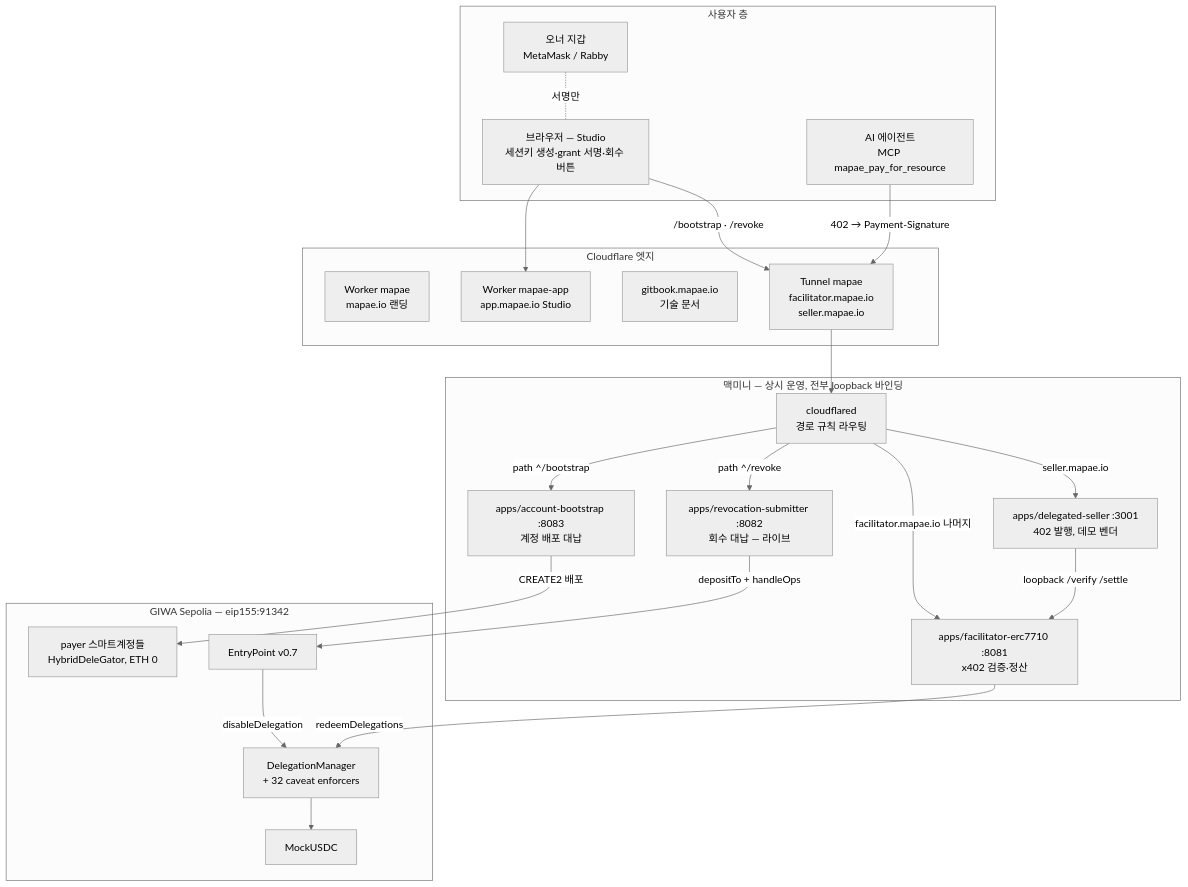
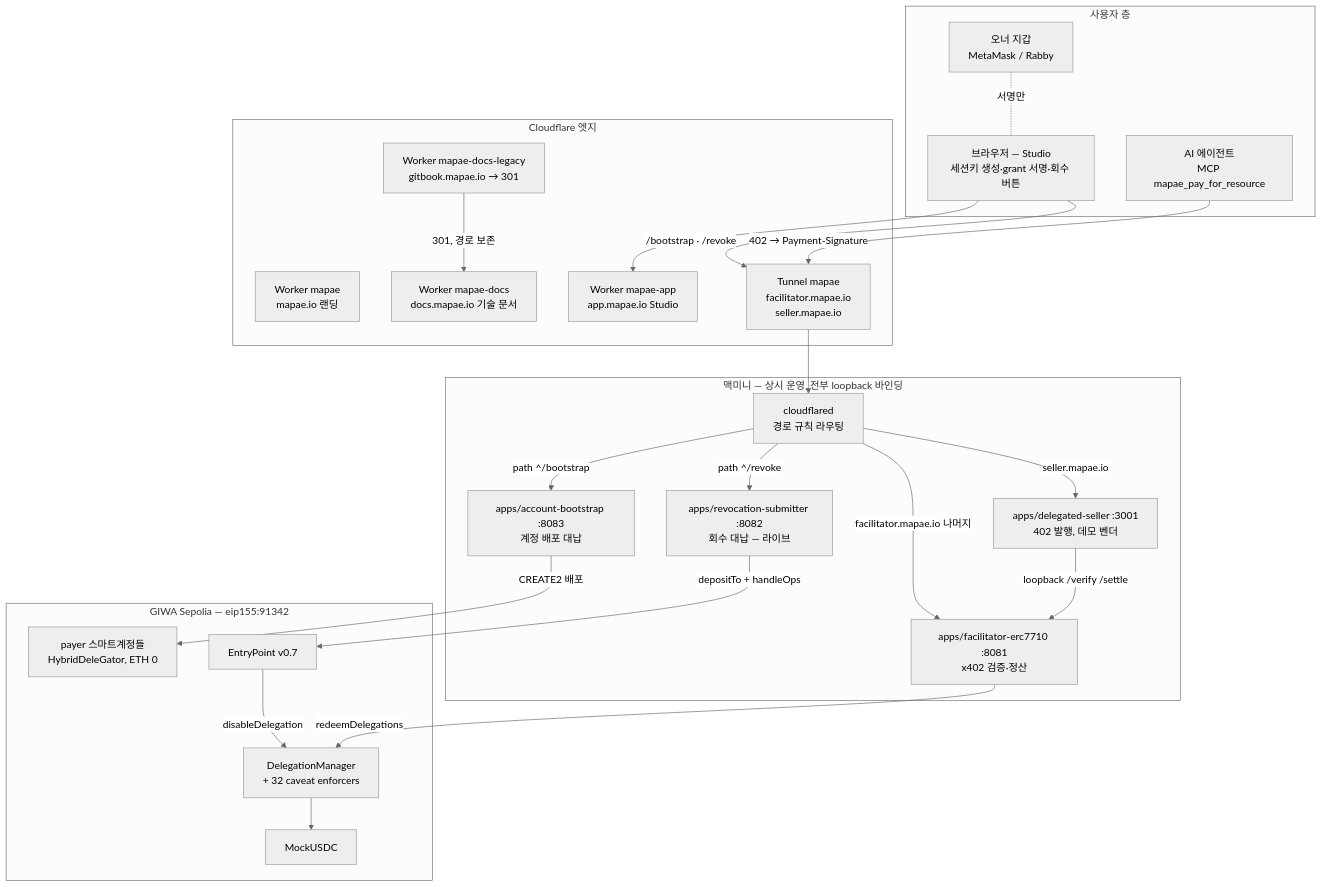
Before and after one commit to kooroot/Mapae: the first of 5 diagrams in docs/infra-map.md, drawn with Mermaid (neutral theme). The commit also changed other lines of this file and 15 other files, not shown here.

````diff
--- a/docs/infra-map.md
+++ b/docs/infra-map.md
@@ -29,46 +29,48 @@
 ```mermaid
 flowchart TB
     subgraph USER["사용자 층"]
         BROWSER["브라우저 — Studio<br/>세션키 생성·grant 서명·회수 버튼"]
         WALLET["오너 지갑<br/>MetaMask / Rabby"]
         AGENT["AI 에이전트<br/>MCP mapae_pay_for_resource"]
     end
 
     subgraph EDGE["Cloudflare 엣지"]
         LANDING["Worker mapae<br/>mapae.io 랜딩"]
         APP["Worker mapae-app<br/>app.mapae.io Studio"]
-        DOCS["gitbook.mapae.io<br/>기술 문서"]
+        DOCS["Worker mapae-docs<br/>docs.mapae.io 기술 문서"]
+        OLDDOCS["Worker mapae-docs-legacy<br/>gitbook.mapae.io → 301"]
         TUNNEL["Tunnel mapae<br/>facilitator.mapae.io<br/>seller.mapae.io"]
     end
 
     subgraph MINI["맥미니 — 상시 운영, 전부 loopback 바인딩"]
         CFD["cloudflared<br/>경로 규칙 라우팅"]
         FAC["apps/facilitator-erc7710 :8081<br/>x402 검증·정산"]
         SELLER["apps/delegated-seller :3001<br/>402 발행, 데모 벤더"]
         BOOT["apps/account-bootstrap :8083<br/>계정 배포 대납"]
         REVO["apps/revocation-submitter :8082<br/>회수 대납 — 라이브"]
     end
 
     subgraph CHAIN["GIWA Sepolia — eip155:91342"]
         USDC["MockUSDC"]
         DM["DelegationManager<br/>+ 32 caveat enforcers"]
         EP["EntryPoint v0.7"]
         PAYER["payer 스마트계정들<br/>HybridDeleGator, ETH 0"]
     end
 
     BROWSER --> APP
+    OLDDOCS -->|"301, 경로 보존"| DOCS
     WALLET -.서명만.- BROWSER
     AGENT -->|"402 → Payment-Signature"| TUNNEL
     BROWSER -->|"/bootstrap · /revoke"| TUNNEL
     TUNNEL --> CFD
     CFD -->|"path ^/bootstrap"| BOOT
     CFD -->|"path ^/revoke"| REVO
     CFD -->|"facilitator.mapae.io 나머지"| FAC
     CFD -->|"seller.mapae.io"| SELLER
     SELLER -->|"loopback /verify /settle"| FAC
     FAC -->|"redeemDelegations"| DM
     DM --> USDC
     BOOT -->|"CREATE2 배포"| PAYER
     REVO -->|"depositTo + handleOps"| EP
     EP -->|"disableDelegation"| DM
 ```
````
